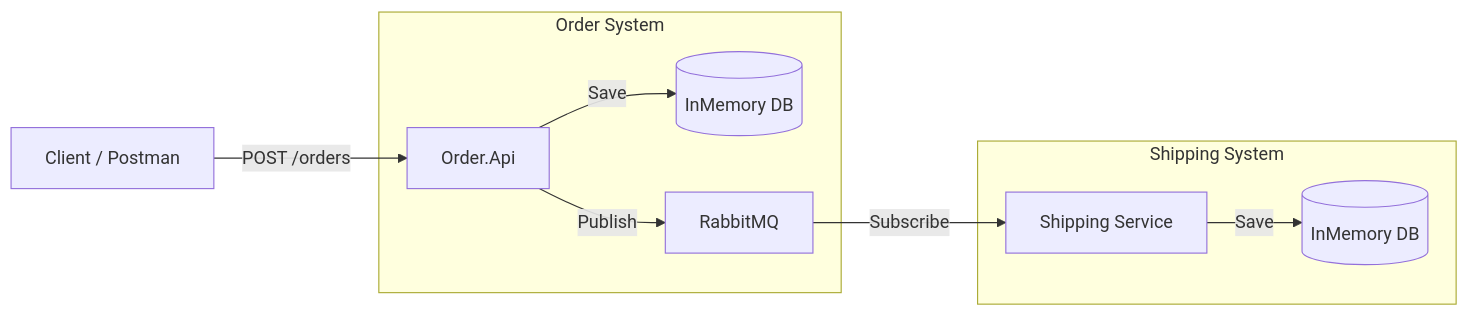
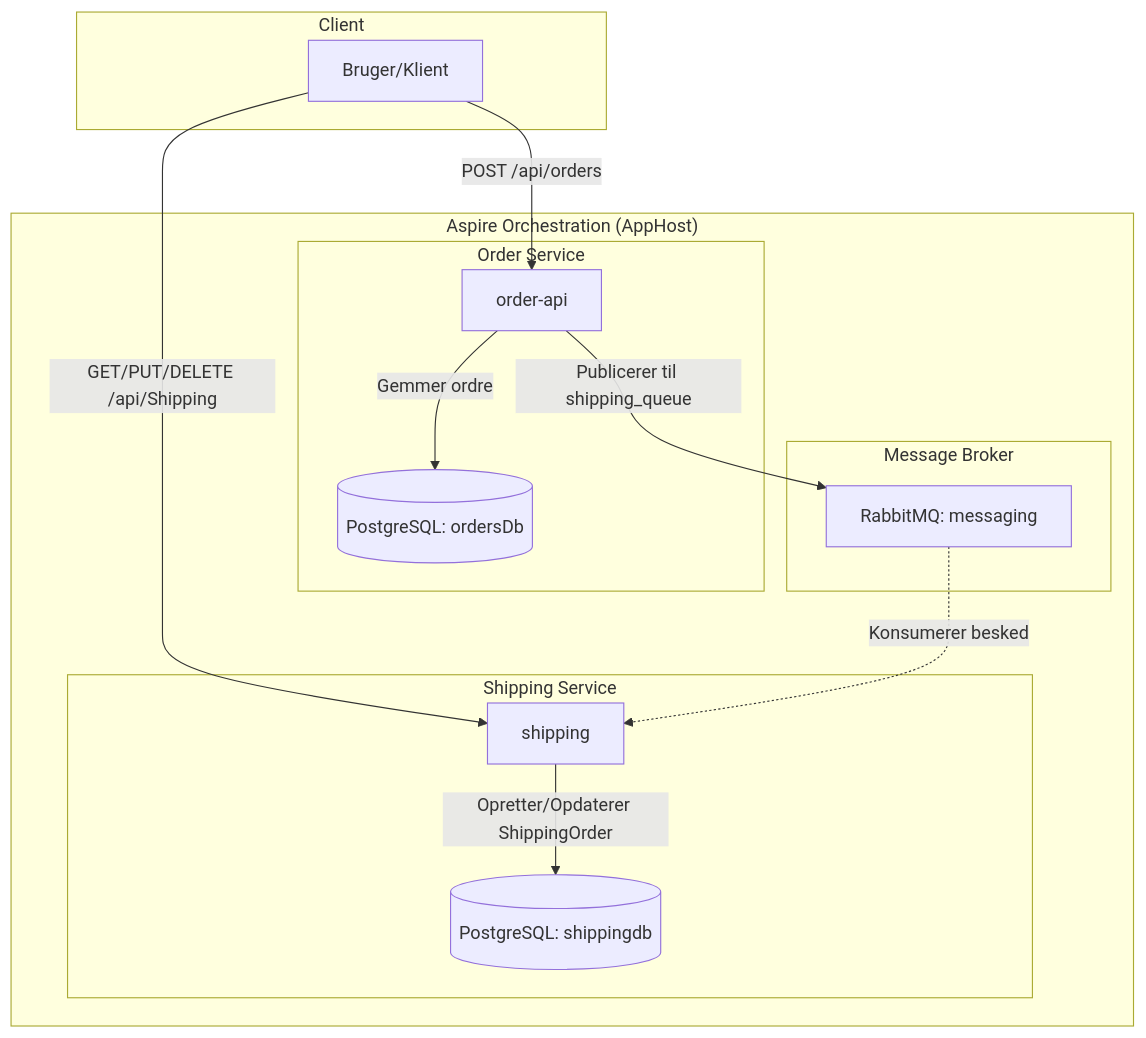
The first of 2 diagrams in README.md (emilnordstroem/ShippingProject), drawn with Mermaid before and after one commit. The commit also changed other lines of this file and 2 other files, not shown here.

Commit message:
Change of queue name

````diff
--- a/README.md
+++ b/README.md
@@ -7,12 +17,29 @@
 ```mermaid
-graph LR
-    Client[Client / Postman] -- POST /orders --> OrderApi[Order.Api]
-    subgraph "Order System"
-        OrderApi -- Save --> OrderDB[(InMemory DB)]
-        OrderApi -- Publish --> RMQ[RabbitMQ]
+graph TD
+    subgraph Client
+        U[Bruger/Klient]
     end
-    RMQ -- Subscribe --> Shipping[Shipping Service]
-    subgraph "Shipping System"
-        Shipping -- Save --> ShippingDB[(InMemory DB)]
+
+    subgraph "Aspire Orchestration (AppHost)"
+        subgraph "Order Service"
+            OA[order-api]
+            OD[(PostgreSQL: ordersDb)]
+        end
+
+        subgraph "Message Broker"
+            RMQ[RabbitMQ: messaging]
+        end
+
+        subgraph "Shipping Service"
+            SA[shipping]
+            SD[(PostgreSQL: shippingdb)]
+        end
     end
+
+    U -->|POST /api/orders| OA
+    U -->|GET/PUT/DELETE /api/Shipping| SA
+    OA -->|Gemmer ordre| OD
+    OA -->|Publicerer til shipping_queue| RMQ
+    RMQ -.->|Konsumerer besked| SA
+    SA -->|Opretter/Opdaterer ShippingOrder| SD
 ```
````
